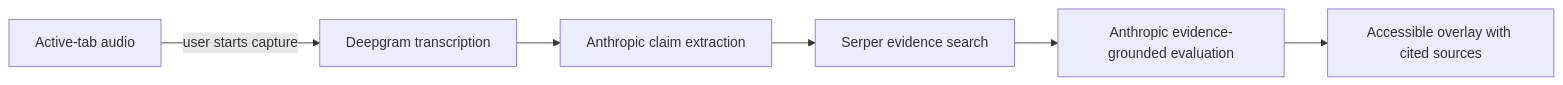
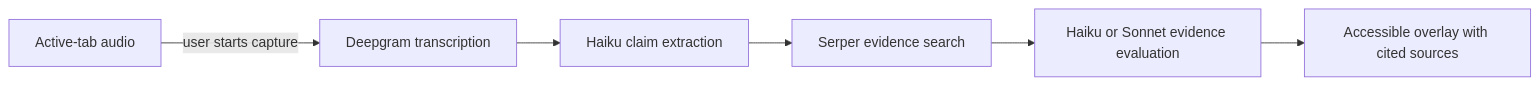
Before and after one commit to chrimatte/intruth-factcheck: the diagram in README.md, drawn with Mermaid. The commit also changed other lines of this file and 16 other files, not shown here.

````diff
--- a/README.md
+++ b/README.md
@@ -11,8 +11,8 @@
 ```mermaid
 flowchart LR
   A["Active-tab audio"] -->|"user starts capture"| B["Deepgram transcription"]
-  B --> C["Anthropic claim extraction"]
+  B --> C["Haiku claim extraction"]
   C --> D["Serper evidence search"]
-  D --> E["Anthropic evidence-grounded evaluation"]
+  D --> E["Haiku or Sonnet evidence evaluation"]
   E --> F["Accessible overlay with cited sources"]
 ```
````
